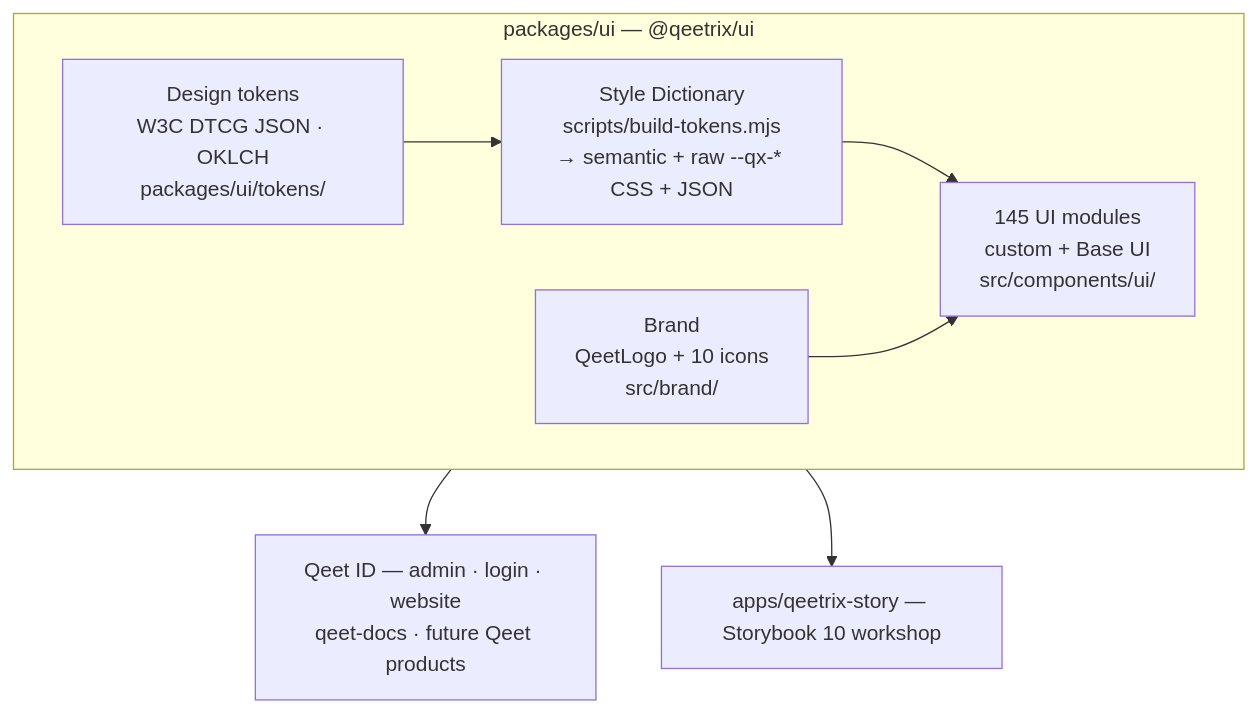
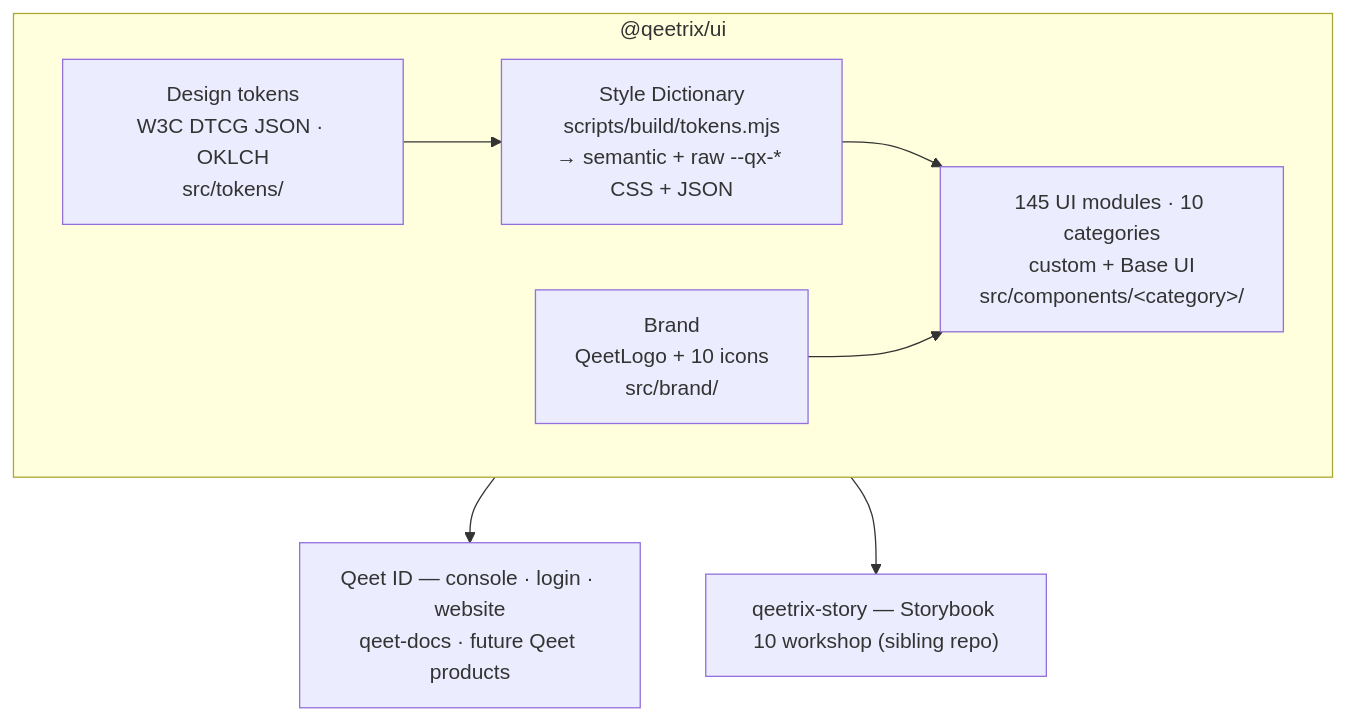
Before and after one commit to qeetgroup/qeetrix-ui: the diagram in README.md, drawn with Mermaid. The commit also changed other lines of this file and 607 other files, not shown here.

````diff
--- a/README.md
+++ b/README.md
@@ -55,18 +55,18 @@
 ```mermaid
 flowchart TB
-    subgraph src["packages/ui — @qeetrix/ui"]
+    subgraph pkg["@qeetrix/ui"]
         direction LR
-        tokens["Design tokens<br/>W3C DTCG JSON · OKLCH<br/>packages/ui/tokens/"]
-        sd["Style Dictionary<br/>scripts/build-tokens.mjs<br/>→ semantic + raw --qx-* CSS + JSON"]
-        comps["145 UI modules<br/>custom + Base UI<br/>src/components/ui/"]
+        tokens["Design tokens<br/>W3C DTCG JSON · OKLCH<br/>src/tokens/"]
+        sd["Style Dictionary<br/>scripts/build/tokens.mjs<br/>→ semantic + raw --qx-* CSS + JSON"]
+        comps["145 UI modules · 10 categories<br/>custom + Base UI<br/>src/components/&lt;category&gt;/"]
         brand["Brand<br/>QeetLogo + 10 icons<br/>src/brand/"]
         tokens --> sd --> comps
         brand --> comps
     end
 
-    consumers["Qeet ID — admin · login · website<br/>qeet-docs · future Qeet products"]
-    workshop["apps/qeetrix-story — Storybook 10 workshop"]
+    consumers["Qeet ID — console · login · website<br/>qeet-docs · future Qeet products"]
+    workshop["qeetrix-story — Storybook 10 workshop (sibling repo)"]
 
     comps --> consumers
     comps --> workshop
 ```
````
